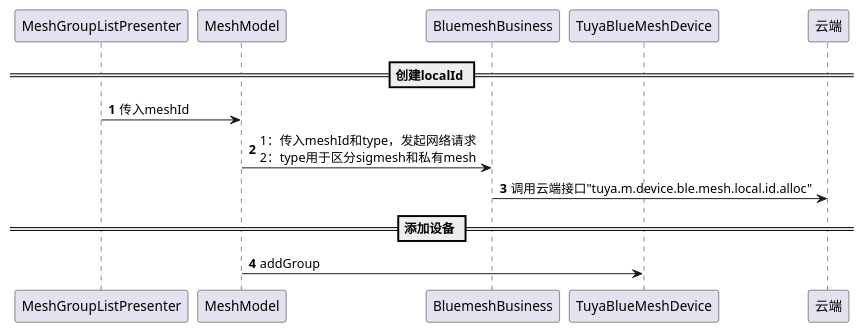
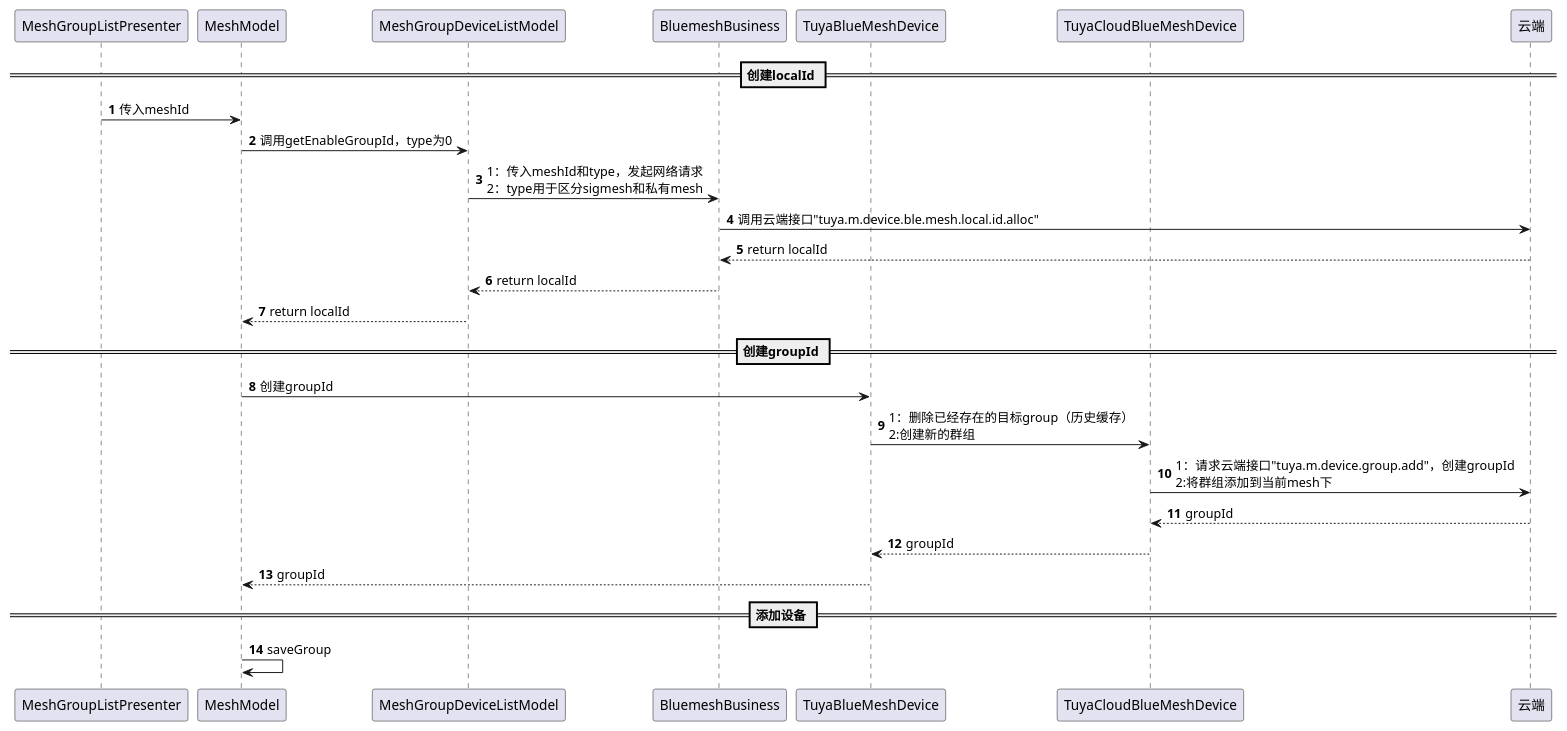
The diagram in uml/tuya/professional/group/群组的创建/普通私有mesh群组.puml (yufns/uml), drawn with PlantUML before and after one commit. The commit also changed 5 other files, not shown here.

```diff
--- a/uml/tuya/professional/group/群组的创建/普通私有mesh群组.puml
+++ b/uml/tuya/professional/group/群组的创建/普通私有mesh群组.puml
@@ -1,16 +1,36 @@
 @startuml
 'https://plantuml.com/sequence-diagram
 
 autonumber
+
+participant MeshGroupListPresenter order 10
+participant MeshModel order 20
+participant MeshGroupDeviceListModel order 30
+participant BluemeshBusiness order 40
+participant TuyaBlueMeshDevice order 50
+participant TuyaCloudBlueMeshDevice order 60
+participant 云端 order 1000
+
+
+
 == 创建localId ==
-participant MeshGroupListPresenter order 1
-participant MeshModel order 2
-participant BluemeshBusiness order 3
-participant TuyaBlueMeshDevice order 4
-participant 云端 order 100
 MeshGroupListPresenter -> MeshModel : 传入meshId
-MeshModel -> BluemeshBusiness : 1：传入meshId和type，发起网络请求\n2：type用于区分sigmesh和私有mesh
+MeshModel -> MeshGroupDeviceListModel : 调用getEnableGroupId，type为0
+MeshGroupDeviceListModel -> BluemeshBusiness : 1：传入meshId和type，发起网络请求\n2：type用于区分sigmesh和私有mesh
 BluemeshBusiness -> 云端 : 调用云端接口"tuya.m.device.ble.mesh.local.id.alloc"
+BluemeshBusiness <-- 云端 : return localId
+MeshGroupDeviceListModel <-- BluemeshBusiness : return localId
+MeshModel <-- MeshGroupDeviceListModel : return localId
+
+== 创建groupId ==
+MeshModel -> TuyaBlueMeshDevice : 创建groupId
+TuyaBlueMeshDevice -> TuyaCloudBlueMeshDevice : 1：删除已经存在的目标group（历史缓存）\n2:创建新的群组
+TuyaCloudBlueMeshDevice -> 云端 : 1：请求云端接口"tuya.m.device.group.add"，创建groupId\n2:将群组添加到当前mesh下
+TuyaCloudBlueMeshDevice <-- 云端 : groupId
+TuyaBlueMeshDevice <-- TuyaCloudBlueMeshDevice : groupId
+MeshModel <-- TuyaBlueMeshDevice : groupId
+
 == 添加设备 ==
-MeshModel -> TuyaBlueMeshDevice : addGroup
+MeshModel -> MeshModel:saveGroup
+
 @enduml
```
